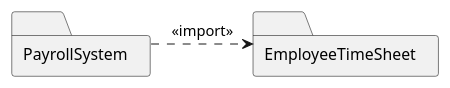
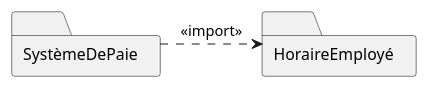
One commit to gigl-uml/Guide_uml_polymtl changed the diagram in plant_uml/importRelationPackage.plantuml. Above: the diagram before and after it, drawn with PlantUML. The commit also changed 11 other files, not shown here.

```diff
--- a/plant_uml/importRelationPackage.plantuml
+++ b/plant_uml/importRelationPackage.plantuml
@@ -1,13 +1,13 @@
 @startuml
 hide circle
 skinparam backgroundcolor transparent
 allow_mixing
 skinparam classAttributeIconSize 0
 
-folder PayrollSystem
-folder EmployeeTimeSheet
+folder SystèmeDePaie
+folder HoraireEmployé
 
-PayrollSystem.>EmployeeTimeSheet:<<import>>
+SystèmeDePaie.>HoraireEmployé:<<import>>
 
 
 @enduml
```
